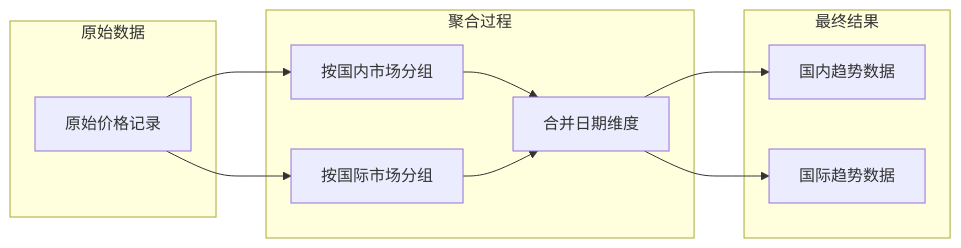
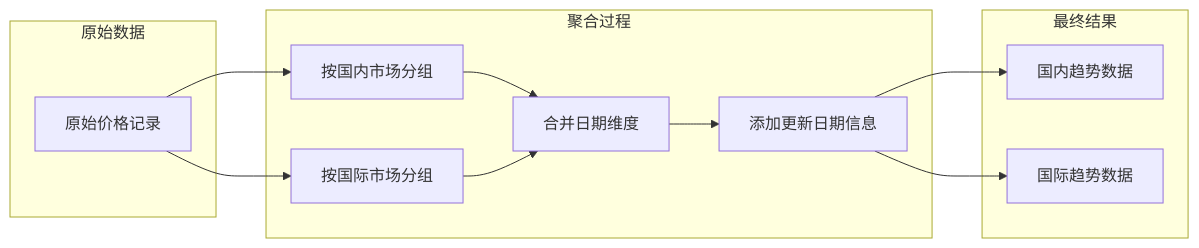
Before and after one commit to liangxuanliang-cmd/carbon-info-agent: diagram 12 of 17 in .qoder/repowiki/zh/content/功能模块/碳价格监控模块.md, drawn with Mermaid. The commit also changed other lines of this file and 8 other files, not shown here.

````diff
--- a/.qoder/repowiki/zh/content/功能模块/碳价格监控模块.md
+++ b/.qoder/repowiki/zh/content/功能模块/碳价格监控模块.md
@@ -445,21 +585,23 @@
 ```mermaid
 graph LR
 subgraph "原始数据"
 RawData[原始价格记录]
 end
 subgraph "聚合过程"
 GroupDomestic["按国内市场分组"]
 GroupInternational["按国际市场分组"]
 MergeData["合并日期维度"]
+AddUpdateDate["添加更新日期信息"]
 end
 subgraph "最终结果"
 DomesticTrend[国内趋势数据]
 InternationalTrend[国际趋势数据]
 end
 RawData --> GroupDomestic
 RawData --> GroupInternational
 GroupDomestic --> MergeData
 GroupInternational --> MergeData
-MergeData --> DomesticTrend
-MergeData --> InternationalTrend
+MergeData --> AddUpdateDate
+AddUpdateDate --> DomesticTrend
+AddUpdateDate --> InternationalTrend
 ```
````
